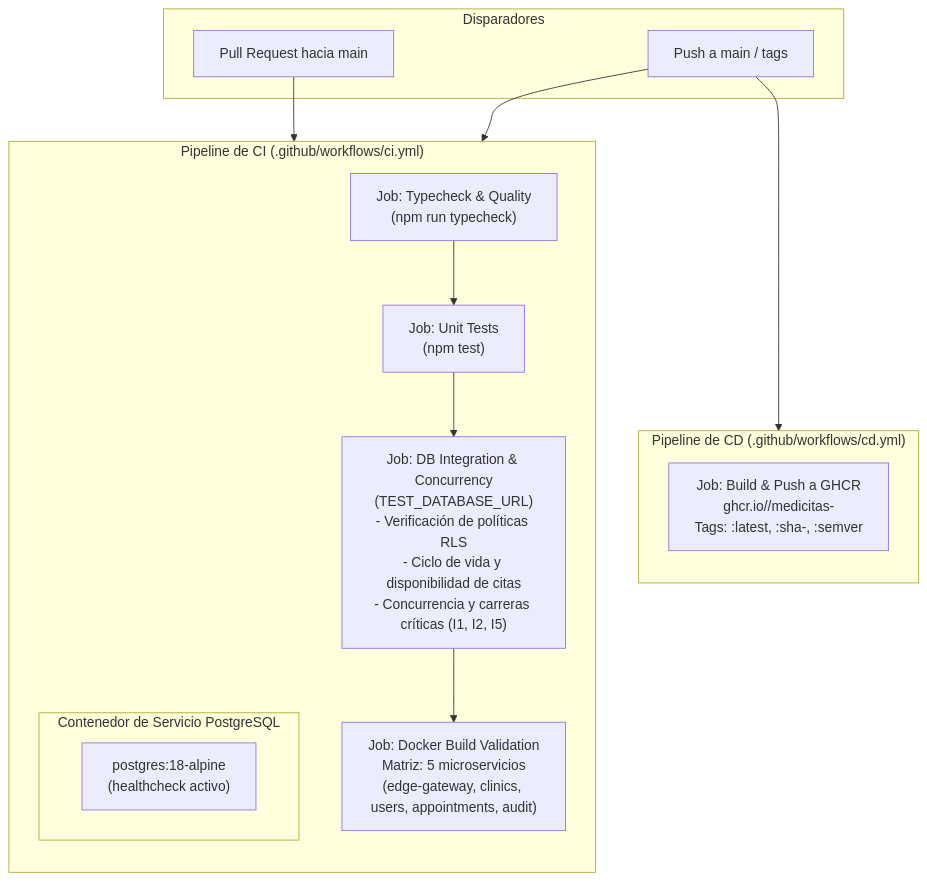
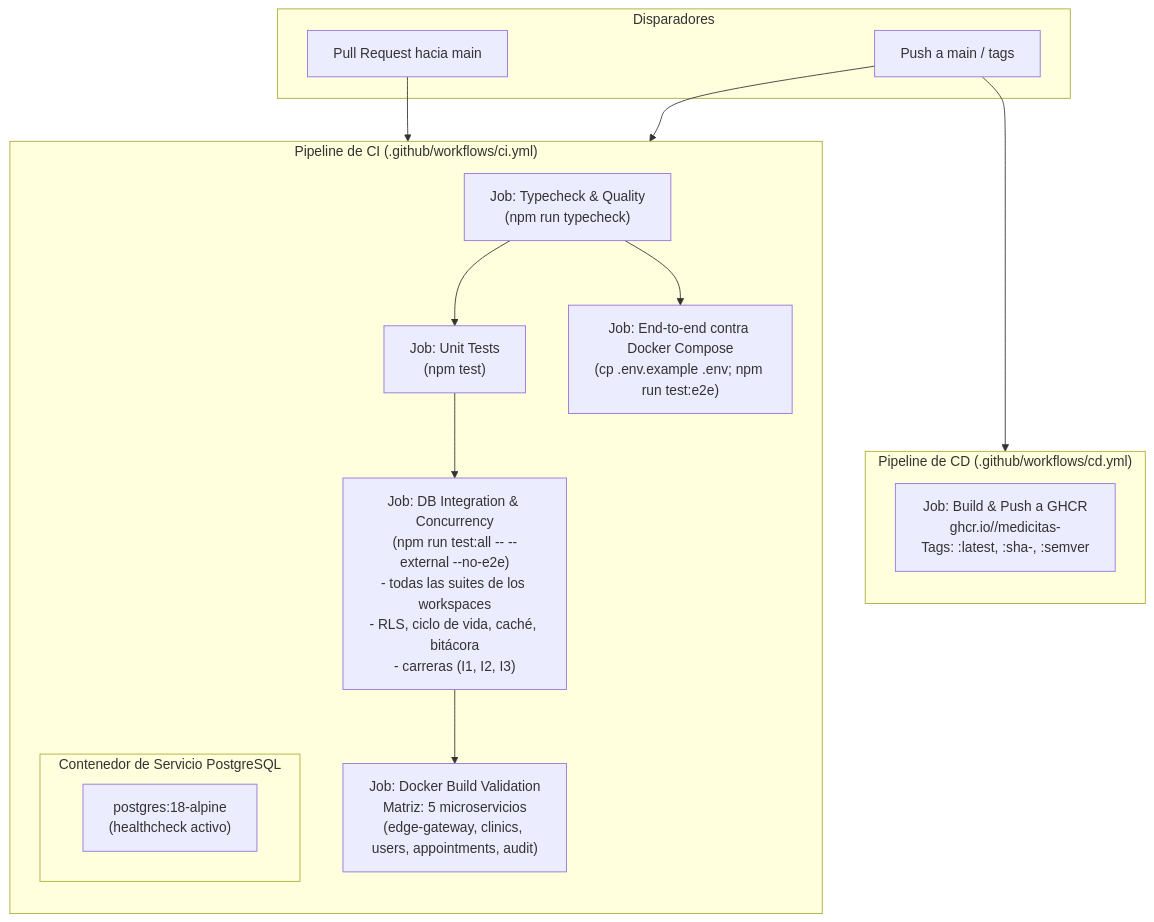
One commit to ErikZF/MediCitas changed the diagram in docs/ci-cd.es.md. Above: the diagram before and after it, drawn with Mermaid. The commit also changed other lines of this file and 14 other files, not shown here.

Commit message:
Run every test with one command and report what each one covers

````diff
--- a/docs/ci-cd.es.md
+++ b/docs/ci-cd.es.md
@@ -11,33 +11,35 @@
 ```mermaid
 flowchart TD
     subgraph Eventos["Disparadores"]
         PR["Pull Request hacia main"]
         PushMain["Push a main / tags"]
     end
 
     subgraph CI["Pipeline de CI (.github/workflows/ci.yml)"]
         direction TB
         Quality["Job: Typecheck & Quality\n(npm run typecheck)"]
         UnitTest["Job: Unit Tests\n(npm test)"]
         
         subgraph PostgresService["Contenedor de Servicio PostgreSQL"]
             PG["postgres:18-alpine\n(healthcheck activo)"]
         end
         
-        IntegTest["Job: DB Integration & Concurrency\n(TEST_DATABASE_URL)\n- Verificación de políticas RLS\n- Ciclo de vida y disponibilidad de citas\n- Concurrencia y carreras críticas (I1, I2, I5)"]
+        IntegTest["Job: DB Integration & Concurrency\n(npm run test:all -- --external --no-e2e)\n- todas las suites de los workspaces\n- RLS, ciclo de vida, caché, bitácora\n- carreras (I1, I2, I3)"]
+        E2E["Job: End-to-end contra Docker Compose\n(cp .env.example .env; npm run test:e2e)"]
         DockerBuild["Job: Docker Build Validation\nMatriz: 5 microservicios\n(edge-gateway, clinics, users, appointments, audit)"]
 
         Quality --> UnitTest
         UnitTest --> IntegTest
+        Quality --> E2E
         IntegTest --> DockerBuild
     end
 
     subgraph CD["Pipeline de CD (.github/workflows/cd.yml)"]
         direction TB
         Publish["Job: Build & Push a GHCR\nghcr.io/<owner>/medicitas-<service>\nTags: :latest, :sha-<commit>, :semver"]
     end
 
     PR --> CI
     PushMain --> CI
     PushMain --> CD
 ```
````
